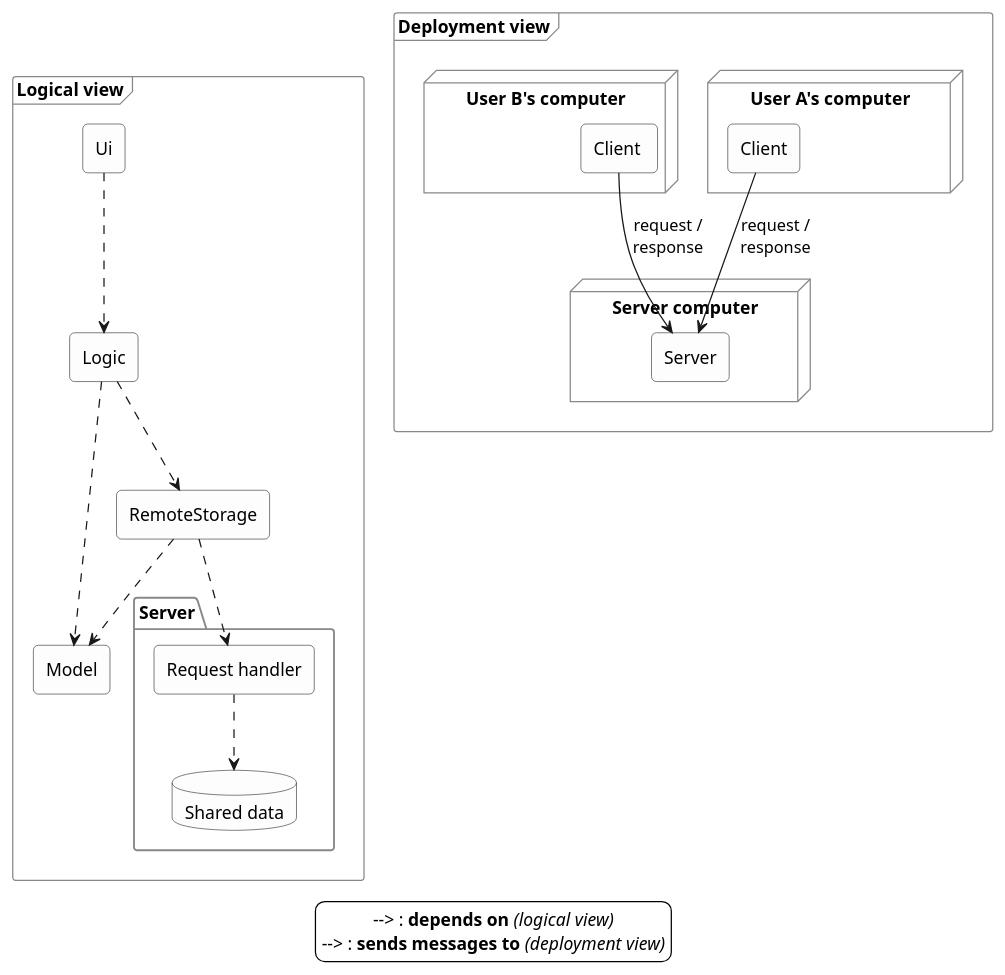
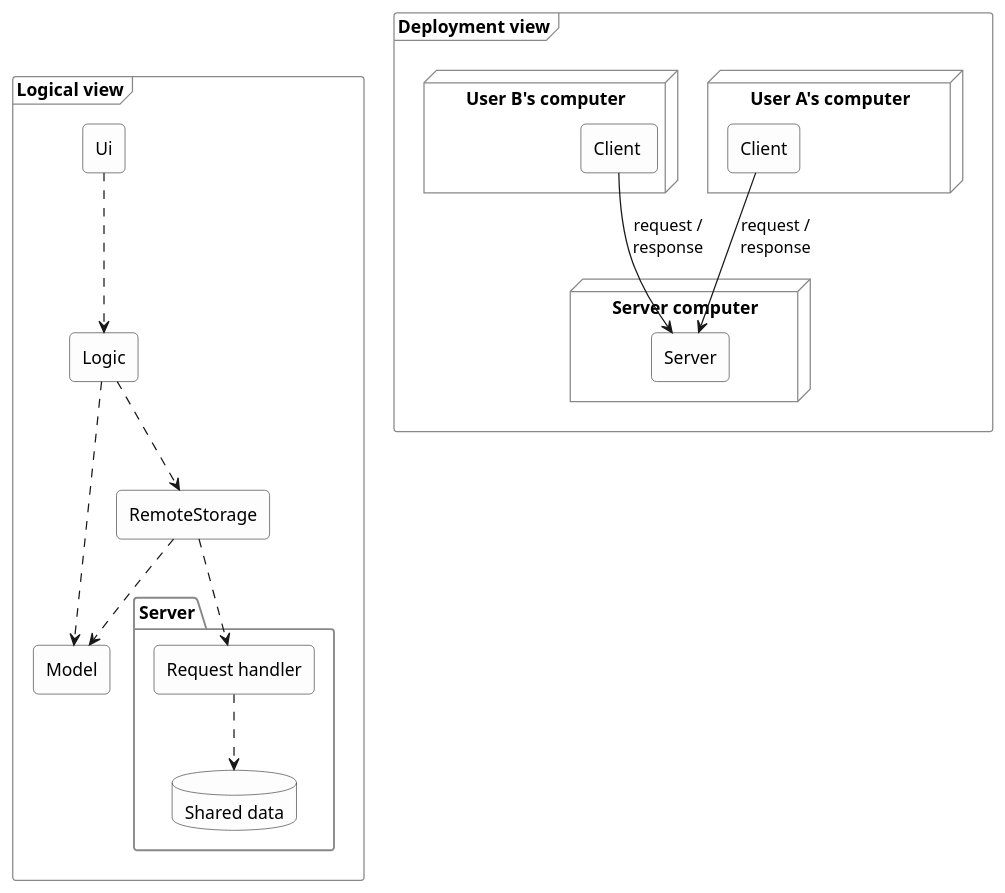
One commit to se-edu/se-book changed the diagram in architecture/architecturalStyles/clientServer/what/images/clientServerViews.puml. Above: the diagram before and after it, drawn with PlantUML. The commit also changed 10 other files, not shown here.

Commit message:
architecture: Tweak diagrams

```diff
--- a/architecture/architecturalStyles/clientServer/what/images/clientServerViews.puml
+++ b/architecture/architecturalStyles/clientServer/what/images/clientServerViews.puml
@@ -1,55 +1,51 @@
 @startuml
 skinparam backgroundColor transparent
 skinparam shadowing false
 skinparam defaultTextAlignment center
 skinparam rectangle {
   BackgroundColor #FDFDFD
   BorderColor #333333
   roundCorner 8
 }
 skinparam node {
   BackgroundColor #F2F6FF
   BorderColor #333333
 }
 skinparam database {
   BackgroundColor #FDFDFD
   BorderColor #333333
 }
 skinparam package {
   BackgroundColor transparent
   BorderColor #888888
 }
 frame "Logical view" {
   rectangle "Ui" as ui
   rectangle "Logic" as logic
   rectangle "Model" as model
   rectangle "RemoteStorage" as rs
   ui ..> logic
   logic ..> model
   logic ..> rs
   rs ..> model
   package "Server" {
     rectangle "Request handler" as rh
     database "Shared data" as db
     rh ..> db
   }
   rs ..> rh
 }
 frame "Deployment view" {
   node "User A's computer" {
     rectangle "Client" as ca
   }
   node "User B's computer" {
     rectangle "Client " as cb
   }
   node "Server computer" {
     rectangle "Server" as sp
   }
   ca --> sp : request /\nresponse
   cb --> sp : request /\nresponse
 }
-legend bottom
-  --> : <b>depends on</b> <i>(logical view)</i>
-  --> : <b>sends messages to</b> <i>(deployment view)</i>
-endlegend
 @enduml
```
